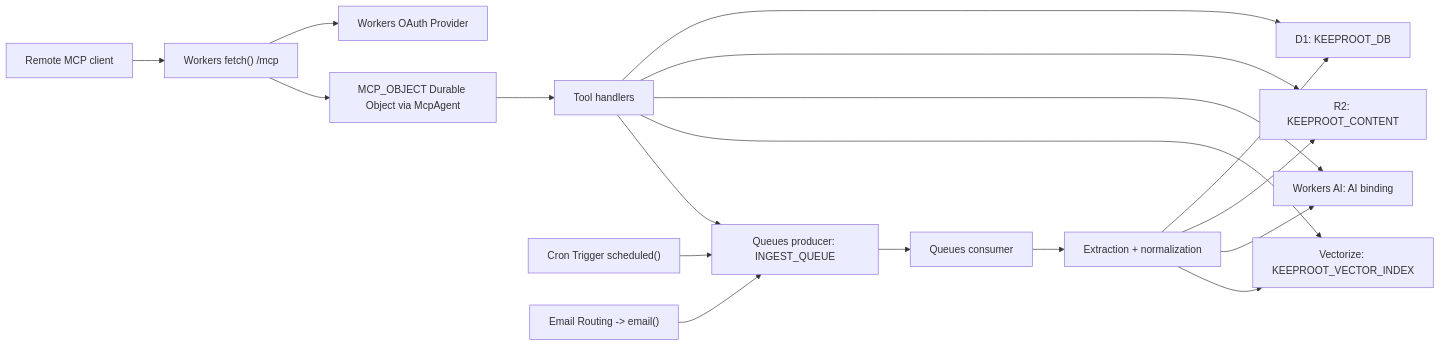
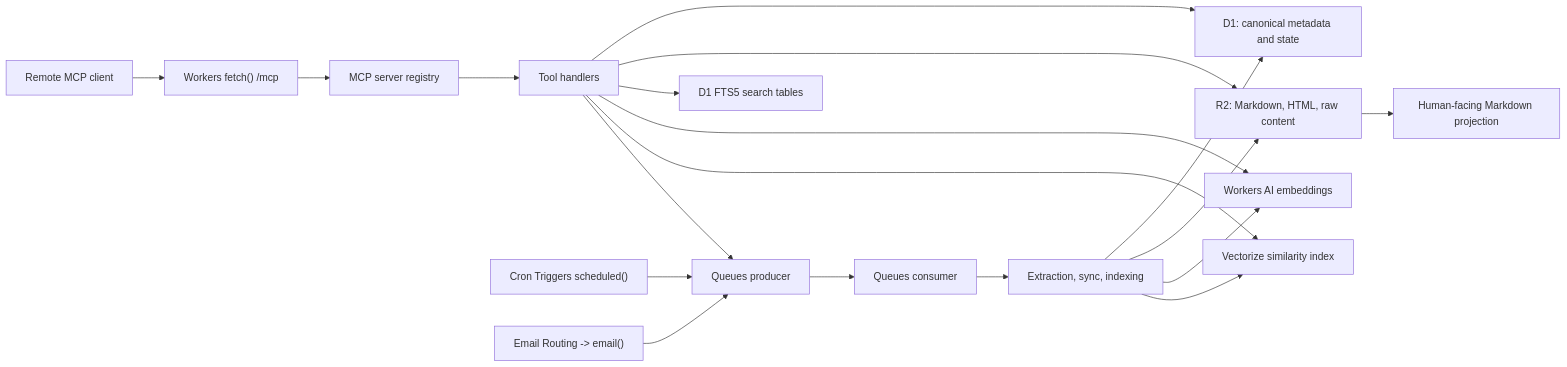
One commit to mccann-stuart/KeepRoot changed the diagram in TECHNICAL_ARCHITECTURE.md. Above: the diagram before and after it, drawn with Mermaid. The commit also changed other lines of this file and 1 other file, not shown here.

Commit message:
Draft PRD and architecture docs

````diff
--- a/TECHNICAL_ARCHITECTURE.md
+++ b/TECHNICAL_ARCHITECTURE.md
@@ -18,22 +98,24 @@
 ```mermaid
 flowchart LR
-    Client["Remote MCP client"] --> Fetch["Workers fetch() /mcp"]
-    Fetch --> OAuth["Workers OAuth Provider"]
-    Fetch --> MCP["MCP_OBJECT Durable Object via McpAgent"]
+    Client["Remote MCP client"] --> Worker["Workers fetch() /mcp"]
+    Worker --> MCP["MCP server registry"]
     MCP --> Tools["Tool handlers"]
-    Tools --> D1["D1: KEEPROOT_DB"]
-    Tools --> R2["R2: KEEPROOT_CONTENT"]
-    Tools --> AI["Workers AI: AI binding"]
-    Tools --> Vec["Vectorize: KEEPROOT_VECTOR_INDEX"]
-    Tools --> Q["Queues producer: INGEST_QUEUE"]
 
-    Cron["Cron Trigger scheduled()"] --> Q
-    Email["Email Routing -> email()"] --> Q
+    Tools --> D1["D1: canonical metadata and state"]
+    Tools --> R2["R2: Markdown, HTML, raw content"]
+    Tools --> FTS["D1 FTS5 search tables"]
+    Tools --> AI["Workers AI embeddings"]
+    Tools --> Vec["Vectorize similarity index"]
+    Tools --> Queue["Queues producer"]
 
-    Q --> Consumer["Queues consumer"]
-    Consumer --> Extract["Extraction + normalization"]
-    Extract --> D1
-    Extract --> R2
-    Extract --> AI
-    Extract --> Vec
+    Cron["Cron Triggers scheduled()"] --> Queue
+    Email["Email Routing -> email()"] --> Queue
+    Queue --> Consumer["Queues consumer"]
+    Consumer --> Ingest["Extraction, sync, indexing"]
+    Ingest --> D1
+    Ingest --> R2
+    Ingest --> AI
+    Ingest --> Vec
+
+    R2 --> Markdown["Human-facing Markdown projection"]
 ```
````
